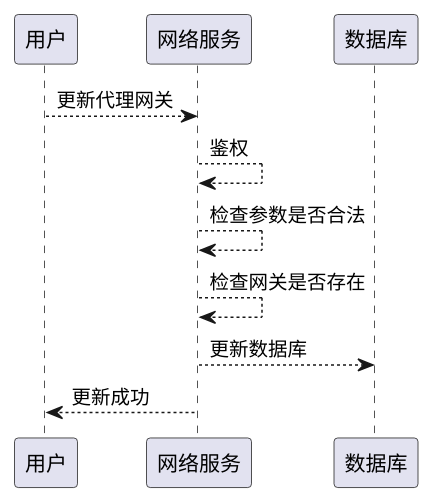
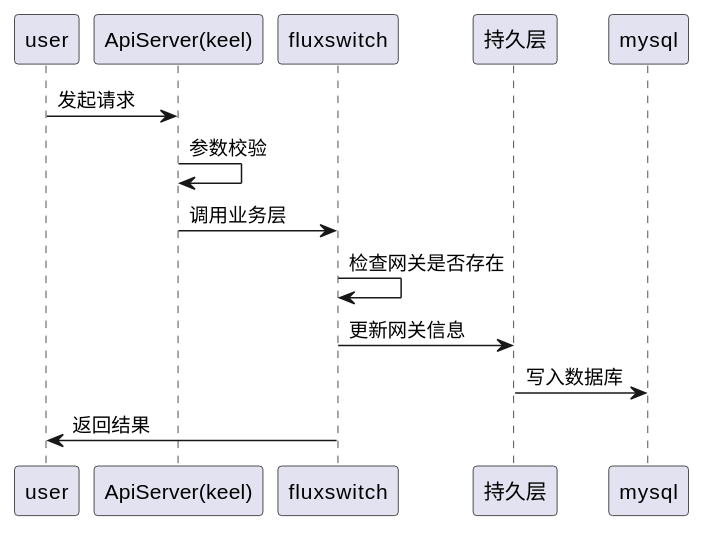
One commit to tkeel-io/docs changed the fifth of 12 diagrams in docs/api/appendix/plantuml/fluxswitch.md. Above: the diagram before and after it, drawn with PlantUML. The commit also changed other lines of this file and 2 other files, not shown here.

Commit message:
feat: update plugin manager uml & fluxswicth manager

````diff
--- a/docs/api/appendix/plantuml/fluxswitch.md
+++ b/docs/api/appendix/plantuml/fluxswitch.md
@@ -108,14 +126,17 @@
 ```plantuml
+@startuml
+participant "user" as user
+participant "ApiServer(keel)" as keel
+participant "fluxswitch" as fluxswitch
+participant "持久层" as dblayer
+participant "mysql" as mysql
 
-participant "用户" as user
-participant "网络服务" as fluxswitch
-participant "数据库"  as db
-
-user --> fluxswitch : 更新代理网关
-fluxswitch --> fluxswitch : 鉴权
-fluxswitch --> fluxswitch : 检查参数是否合法
-fluxswitch --> fluxswitch : 检查网关是否存在
-fluxswitch --> db : 更新数据库
-fluxswitch --> user : 更新成功
-
+user -> keel : 发起请求
+keel -> keel : 参数校验 
+keel -> fluxswitch : 调用业务层
+fluxswitch -> fluxswitch : 检查网关是否存在
+fluxswitch -> dblayer : 更新网关信息
+dblayer -> mysql : 写入数据库
+fluxswitch -> user : 返回结果
+@enduml
 ```
````
